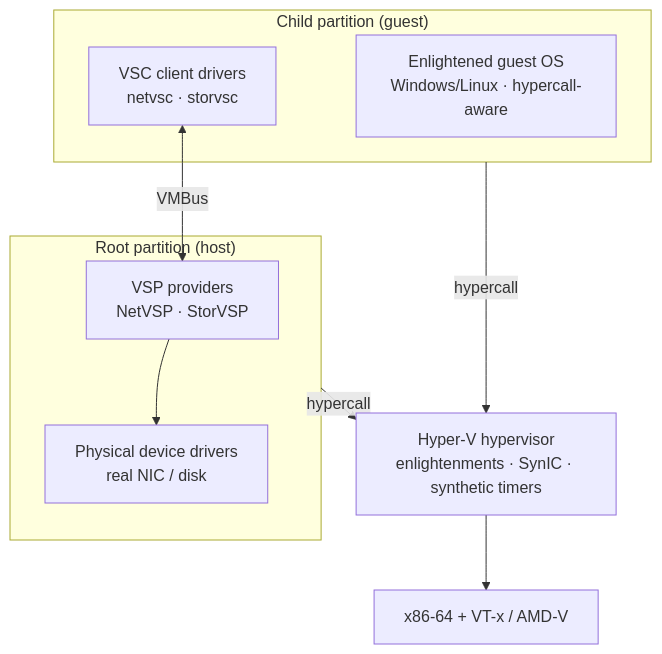
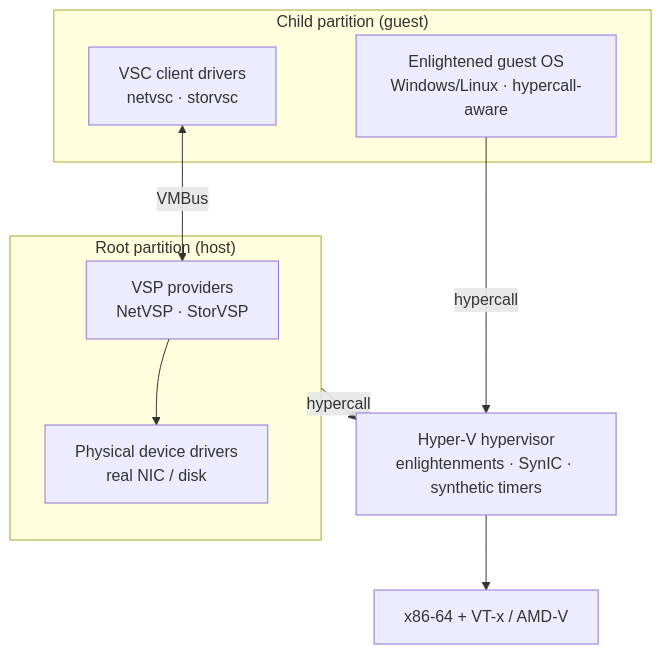
One commit to aospbooks/android-emulator-internal-book changed the fourth of 8 diagrams in A-appendix-paravirtualization-history.md. Above: the diagram before and after it, drawn with Mermaid. The commit also changed other lines of this file and 31 other files, not shown here.

````diff
--- a/A-appendix-paravirtualization-history.md
+++ b/A-appendix-paravirtualization-history.md
@@ -127,18 +127,18 @@
 ```mermaid
 flowchart TB
     subgraph CHILD["Child partition (guest)"]
         GOS["Enlightened guest OS<br/>Windows/Linux · hypercall-aware"]
         VSC["VSC client drivers<br/>netvsc · storvsc"]
     end
     subgraph ROOT["Root partition (host)"]
         VSP["VSP providers<br/>NetVSP · StorVSP"]
         PDD["Physical device drivers<br/>real NIC / disk"]
     end
     HV["Hyper-V hypervisor<br/>enlightenments · SynIC · synthetic timers"]
     HW["x86-64 + VT-x / AMD-V"]
     VSC <-- "VMBus" --> VSP
     VSP --> PDD
-    CHILD -- "hypercall" --> HV
+    GOS -- "hypercall" --> HV
     ROOT -- "hypercall" --> HV
     HV --> HW
 ```
````
